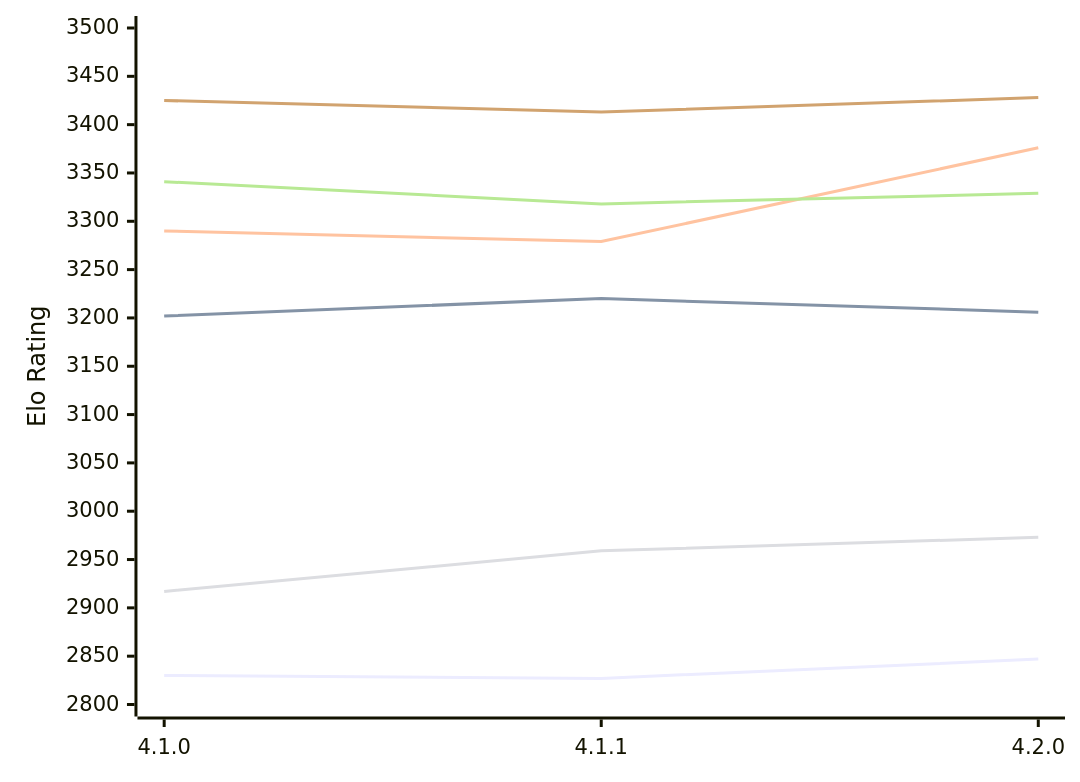
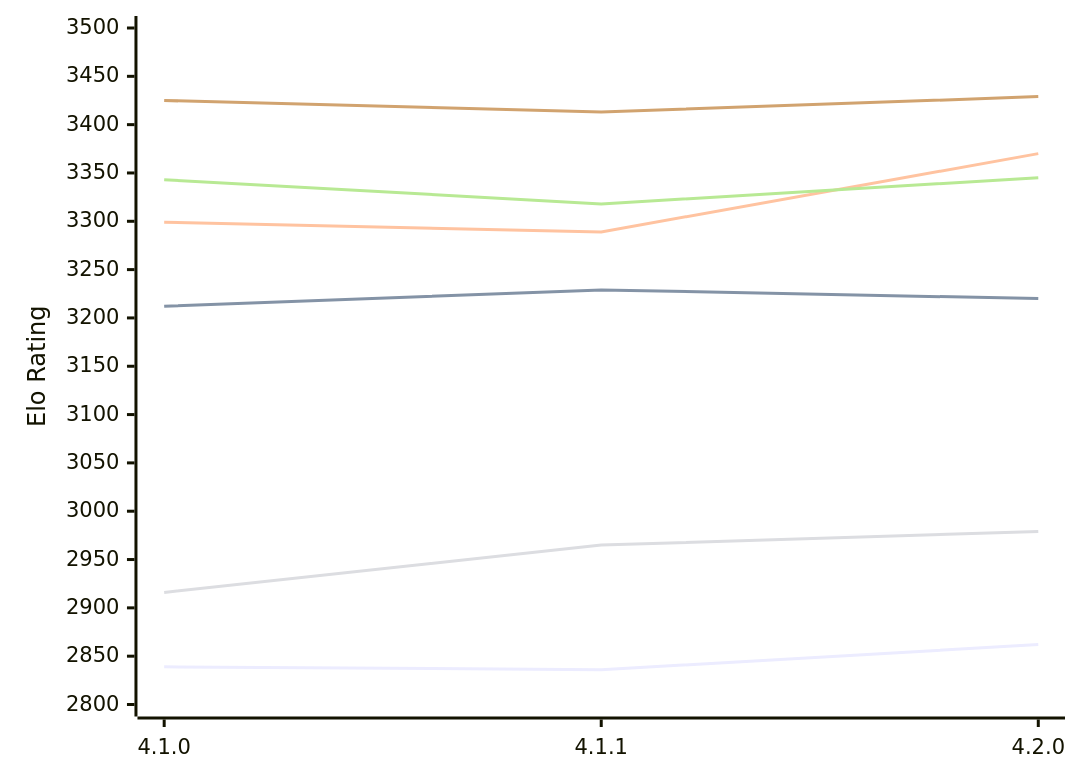
Before and after one commit to computer-chess-index/cci: the diagram in engines/LunaChessEngine.md, drawn with Mermaid. The commit also changed other lines of this file, not shown here.

Commit message:
Update CCI Ratings (ELO VLTC) - 2026-11-07

````diff
--- a/engines/LunaChessEngine.md
+++ b/engines/LunaChessEngine.md
@@ -51,12 +51,12 @@
 ```mermaid
 %%{init: {"theme":"base","themeVariables":{"seriesColors:['#a3a3a3','#222221','#faa371']}}}%%
 xychart-beta
   x-axis ["4.1.0", "4.1.1", "4.2.0"]
   y-axis "Elo Rating" 2800 --> 3500
-  line "E1: STC (8.0+0.08s)" [2830, 2827, 2847]
-  line "E1: LTC (60.0+0.60s)" [3202, 3220, 3206]
-  line "E1: VLTC (2m24s+1.12s)" [3290, 3279, 3376]
-  line "P1: STC (8.0+0.08s)" [2917, 2959, 2973]
-  line "P1: LTC (60.0+0.60s)" [3341, 3318, 3329]
-  line "P1: VLTC (2m24s+1.12s)" [3425, 3413, 3428]
+  line "E1: STC (8.0+0.08s)" [2839, 2836, 2862]
+  line "E1: LTC (60.0+0.60s)" [3212, 3229, 3220]
+  line "E1: VLTC (2m24s+1.12s)" [3299, 3289, 3370]
+  line "P1: STC (8.0+0.08s)" [2916, 2965, 2979]
+  line "P1: LTC (60.0+0.60s)" [3343, 3318, 3345]
+  line "P1: VLTC (2m24s+1.12s)" [3425, 3413, 3429]
 ```
````
